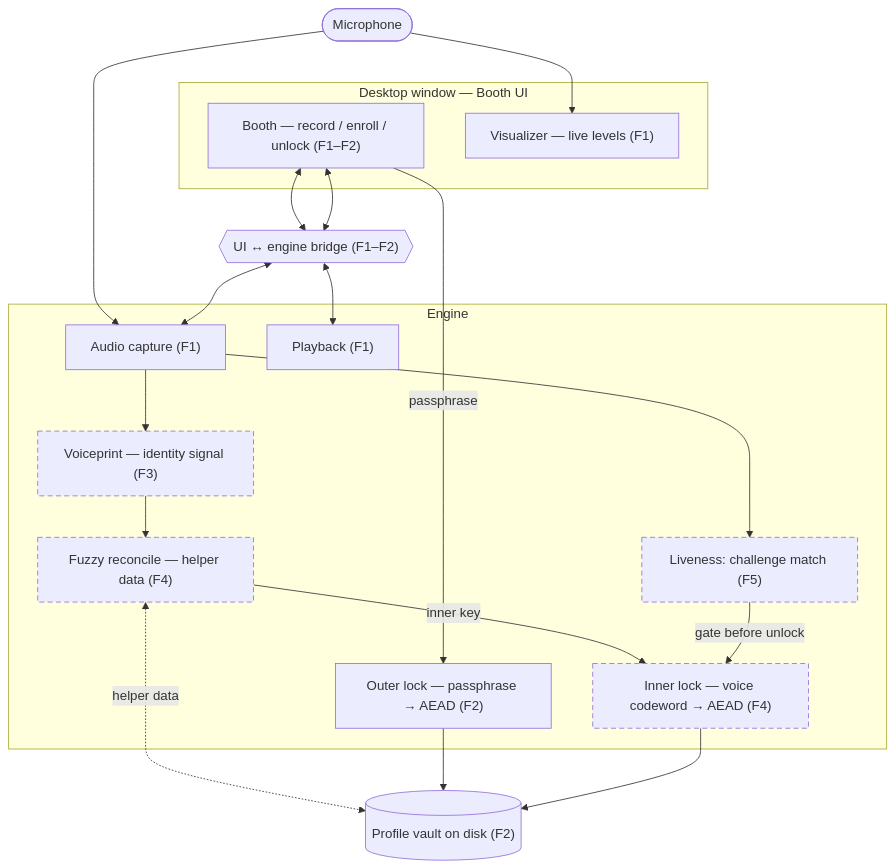
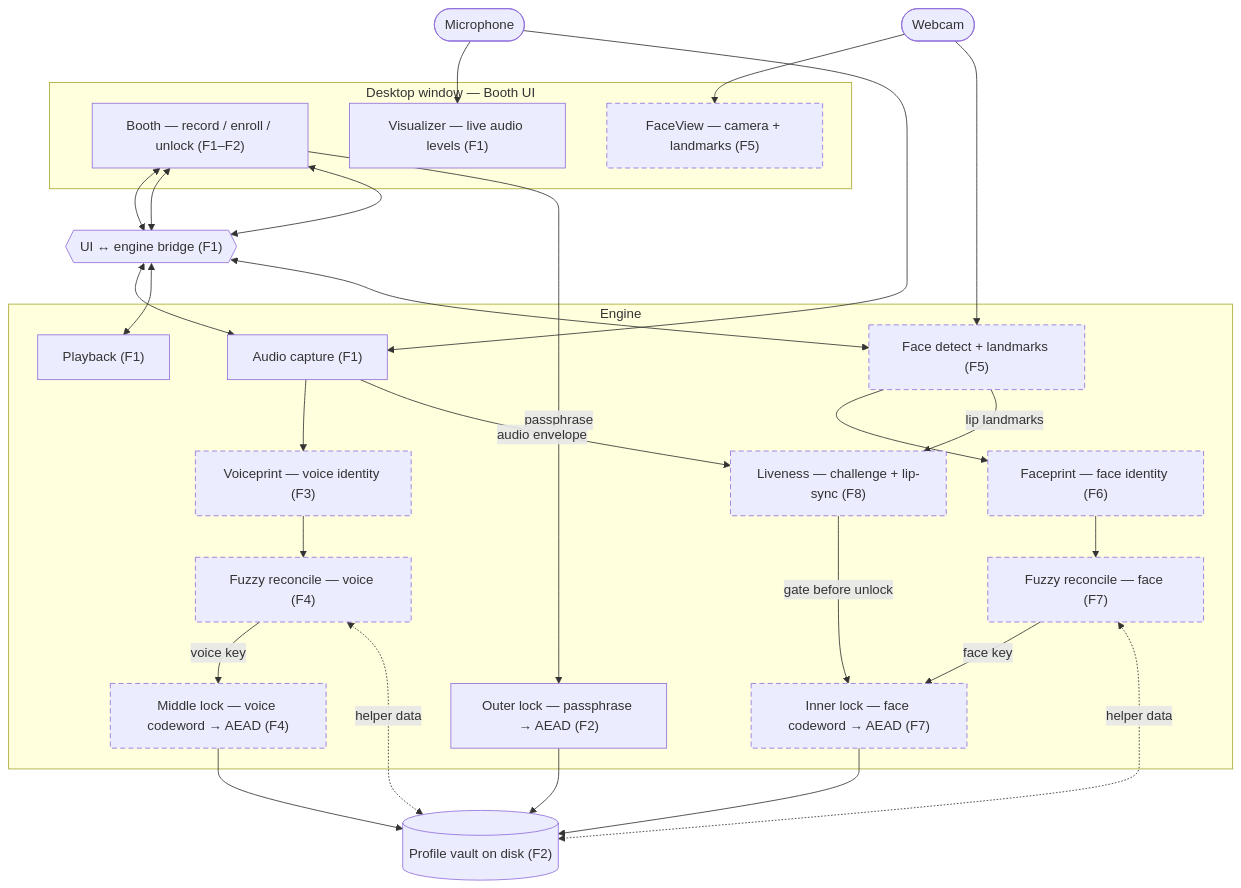
Before and after one commit to Vziraka/voicelock: the diagram in .harness/memory/codebase-map.md, drawn with Mermaid. The commit also changed other lines of this file and 5 other files, not shown here.

First line of the commit message:
Design: pivot roadmap to three factors (voice + face + lips)

````diff
--- a/.harness/memory/codebase-map.md
+++ b/.harness/memory/codebase-map.md
@@ -11,40 +13,53 @@
 ```mermaid
 flowchart TB
     Mic([Microphone])
+    Cam([Webcam])
 
     subgraph Window["Desktop window — Booth UI"]
         Booth["Booth — record / enroll / unlock (F1–F2)"]
-        Viz["Visualizer — live levels (F1)"]
+        Viz["Visualizer — live audio levels (F1)"]
+        FaceView["FaceView — camera + landmarks (F5)"]
     end
 
-    Bridge{{"UI ↔ engine bridge (F1–F2)"}}
+    Bridge{{"UI ↔ engine bridge (F1)"}}
 
     subgraph Engine["Engine"]
         Capture["Audio capture (F1)"]
         Playback["Playback (F1)"]
-        Voiceprint["Voiceprint — identity signal (F3)"]
-        Challenge["Liveness: challenge match (F5)"]
-        Fuzzy["Fuzzy reconcile — helper data (F4)"]
+        FaceDetect["Face detect + landmarks (F5)"]
+        Voiceprint["Voiceprint — voice identity (F3)"]
+        Faceprint["Faceprint — face identity (F6)"]
+        FuzzyV["Fuzzy reconcile — voice (F4)"]
+        FuzzyF["Fuzzy reconcile — face (F7)"]
         Outer["Outer lock — passphrase → AEAD (F2)"]
-        Inner["Inner lock — voice codeword → AEAD (F4)"]
+        Middle["Middle lock — voice codeword → AEAD (F4)"]
+        Inner["Inner lock — face codeword → AEAD (F7)"]
+        Liveness["Liveness — challenge + lip-sync (F8)"]
     end
 
     Vault[("Profile vault on disk (F2)")]
 
     Mic --> Viz
     Mic --> Capture
+    Cam --> FaceView
+    Cam --> FaceDetect
     Booth <--> Bridge <--> Capture
     Booth <--> Bridge <--> Playback
+    Booth <--> Bridge <--> FaceDetect
     Booth -- "passphrase" --> Outer
     Capture --> Voiceprint
-    Capture --> Challenge
-    Voiceprint --> Fuzzy
-    Fuzzy -- "inner key" --> Inner
-    Fuzzy <-. "helper data" .-> Vault
+    FaceDetect --> Faceprint
+    Capture -- "audio envelope" --> Liveness
+    FaceDetect -- "lip landmarks" --> Liveness
+    Voiceprint --> FuzzyV -- "voice key" --> Middle
+    Faceprint --> FuzzyF -- "face key" --> Inner
+    FuzzyV <-. "helper data" .-> Vault
+    FuzzyF <-. "helper data" .-> Vault
     Outer --> Vault
+    Middle --> Vault
     Inner --> Vault
-    Challenge -- "gate before unlock" --> Inner
+    Liveness -- "gate before unlock" --> Inner
 
     classDef planned stroke-dasharray:6 4
-    class Voiceprint,Challenge,Fuzzy,Inner planned
+    class FaceView,FaceDetect,Voiceprint,Faceprint,FuzzyV,FuzzyF,Middle,Inner,Liveness planned
 ```
````
